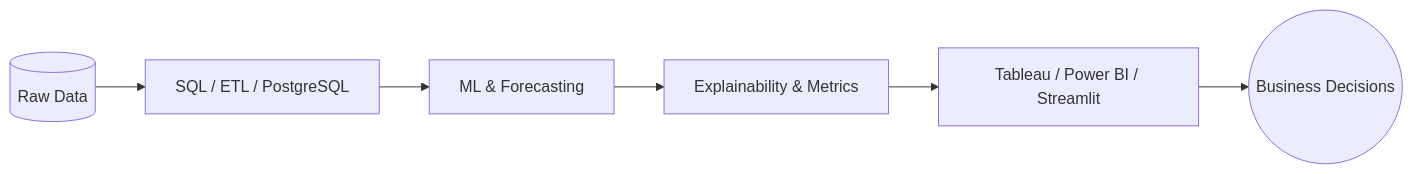
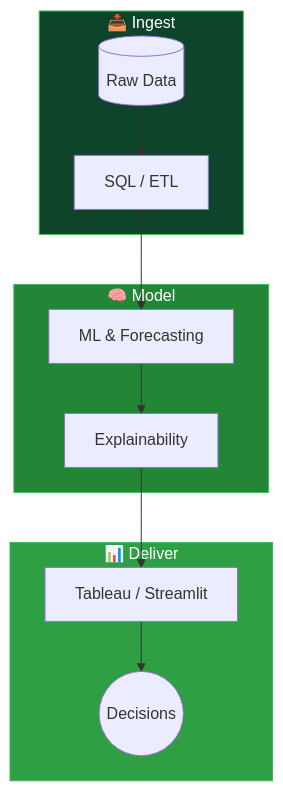
Before and after one commit to thedeepakreddy/thedeepakreddy: the second of 2 diagrams in README.md, drawn with Mermaid. The commit also changed other lines of this file and 1 other file, not shown here.

````diff
--- a/README.md
+++ b/README.md
@@ -284,8 +353,17 @@
 ```mermaid
-flowchart LR
- A[(Raw Data)] --> B[SQL / ETL / PostgreSQL]
- B --> C[ML & Forecasting]
- C --> D[Explainability & Metrics]
- D --> E[Tableau / Power BI / Streamlit]
- E --> F((Business Decisions))
+flowchart TB
+    subgraph INGEST["📥 Ingest"]
+        A[(Raw Data)] --> B[SQL / ETL]
+    end
+    subgraph MODEL["🧠 Model"]
+        B --> C[ML & Forecasting]
+        C --> D[Explainability]
+    end
+    subgraph DELIVER["📊 Deliver"]
+        D --> E[Tableau / Streamlit]
+        E --> F((Decisions))
+    end
+    style INGEST fill:#0e4429,stroke:#3fb950,color:#fff
+    style MODEL fill:#238636,stroke:#3fb950,color:#fff
+    style DELIVER fill:#2ea043,stroke:#3fb950,color:#fff
 ```
````
